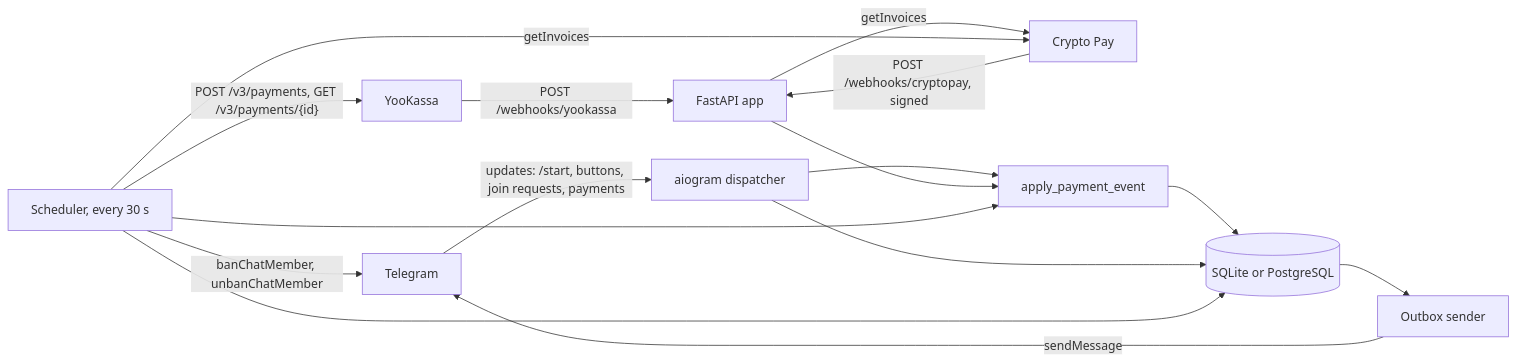
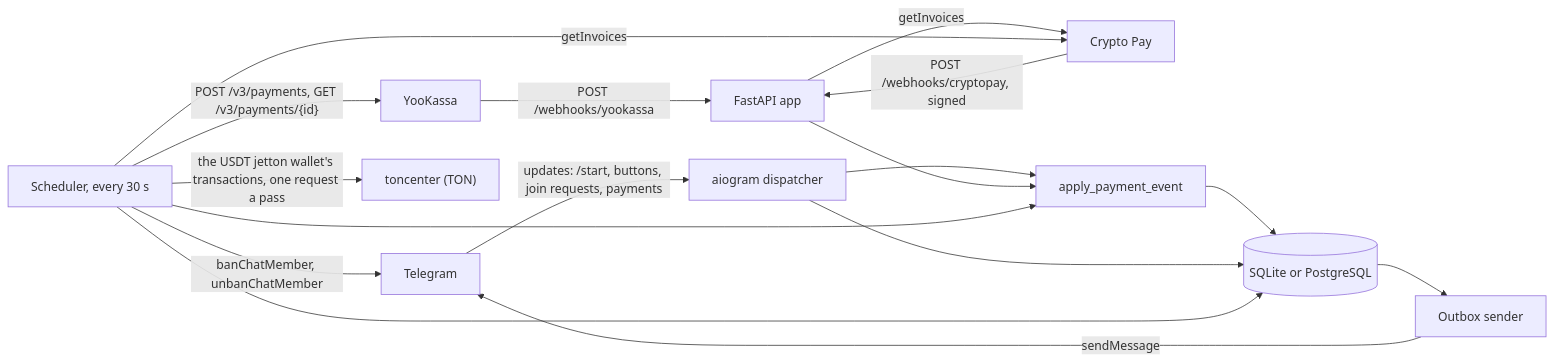
One commit to sinnercode228/tg-paid-club changed the first of 3 diagrams in docs/architecture.md. Above: the diagram before and after it, drawn with Mermaid. The commit also changed other lines of this file and 2 other files, not shown here.

First line of the commit message:
Describe USDT straight to a TON wallet in the READMEs and docs/architecture.md

````diff
--- a/docs/architecture.md
+++ b/docs/architecture.md
@@ -9,18 +9,19 @@
 ```mermaid
 flowchart LR
     TG["Telegram"] -- "updates: /start, buttons, join requests, payments" --> BOT["aiogram dispatcher"]
     YK["YooKassa"] -- "POST /webhooks/yookassa" --> WEB["FastAPI app"]
     CP["Crypto Pay"] -- "POST /webhooks/cryptopay, signed" --> WEB
     WEB -- "getInvoices" --> CP
     BOT --> PAY["apply_payment_event"]
     WEB --> PAY
     SCH["Scheduler, every 30 s"] --> PAY
     SCH -- "POST /v3/payments, GET /v3/payments/{id}" --> YK
     SCH -- "getInvoices" --> CP
+    SCH -- "the USDT jetton wallet's transactions, one request a pass" --> TC["toncenter (TON)"]
     PAY --> DB[("SQLite or PostgreSQL")]
     BOT --> DB
     SCH --> DB
     SCH -- "banChatMember, unbanChatMember" --> TG
     DB --> OUT["Outbox sender"]
     OUT -- "sendMessage" --> TG
 ```
````
